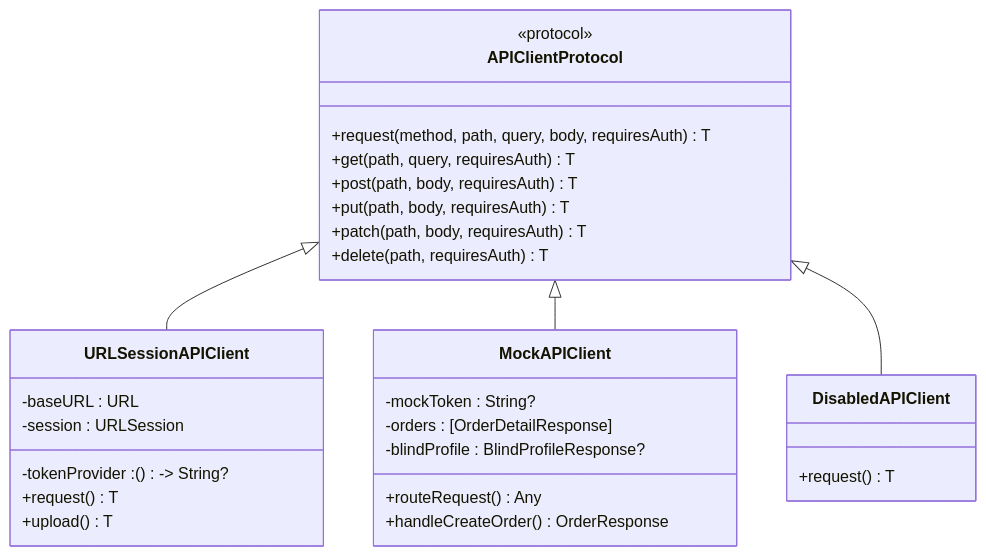
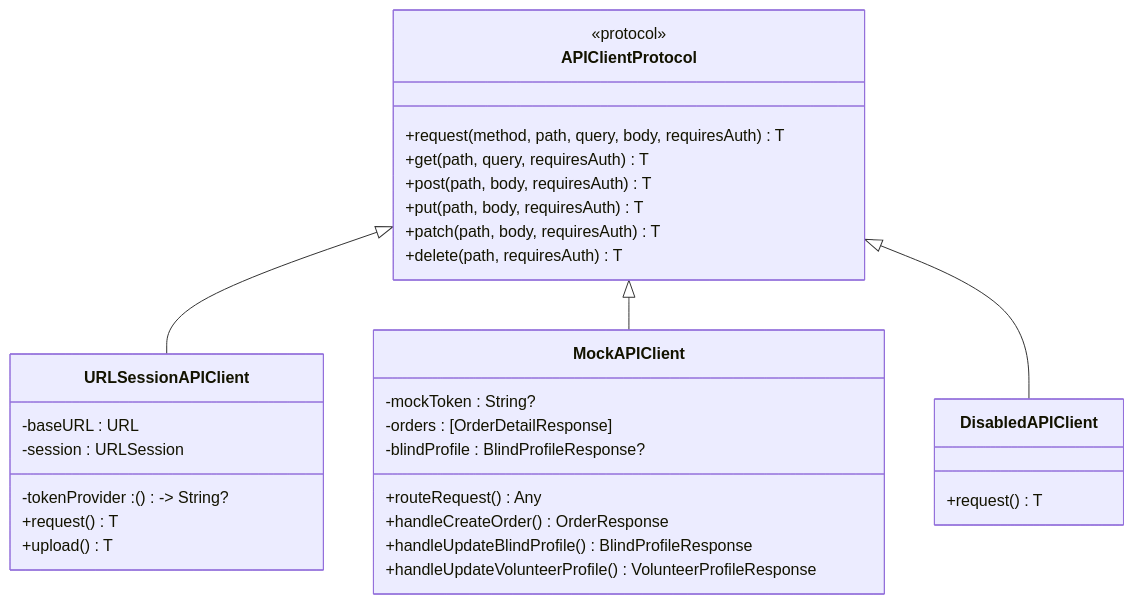
Before and after one commit to Jayden23018/blind-run-ios: the second of 5 diagrams in .qoder/repowiki/zh/content/架构设计/模块化架构设计/Core 核心模块/Mock API 客户端功能增强.md, drawn with Mermaid. The commit also changed other lines of this file and 9 other files, not shown here.

````diff
--- a/.qoder/repowiki/zh/content/架构设计/模块化架构设计/Core 核心模块/Mock API 客户端功能增强.md
+++ b/.qoder/repowiki/zh/content/架构设计/模块化架构设计/Core 核心模块/Mock API 客户端功能增强.md
@@ -88,32 +103,34 @@
 ```mermaid
 classDiagram
 class APIClientProtocol {
 <<protocol>>
 +request(method, path, query, body, requiresAuth) T
 +get(path, query, requiresAuth) T
 +post(path, body, requiresAuth) T
 +put(path, body, requiresAuth) T
 +patch(path, body, requiresAuth) T
 +delete(path, requiresAuth) T
 }
 class URLSessionAPIClient {
 -baseURL : URL
 -session : URLSession
 -tokenProvider : () -> String?
 +request() T
 +upload() T
 }
 class MockAPIClient {
 -mockToken : String?
 -orders : [OrderDetailResponse]
 -blindProfile : BlindProfileResponse?
 +routeRequest() Any
 +handleCreateOrder() OrderResponse
++handleUpdateBlindProfile() BlindProfileResponse
++handleUpdateVolunteerProfile() VolunteerProfileResponse
 }
 class DisabledAPIClient {
 +request() T
 }
 APIClientProtocol <|-- URLSessionAPIClient
 APIClientProtocol <|-- MockAPIClient
 APIClientProtocol <|-- DisabledAPIClient
 ```
````
